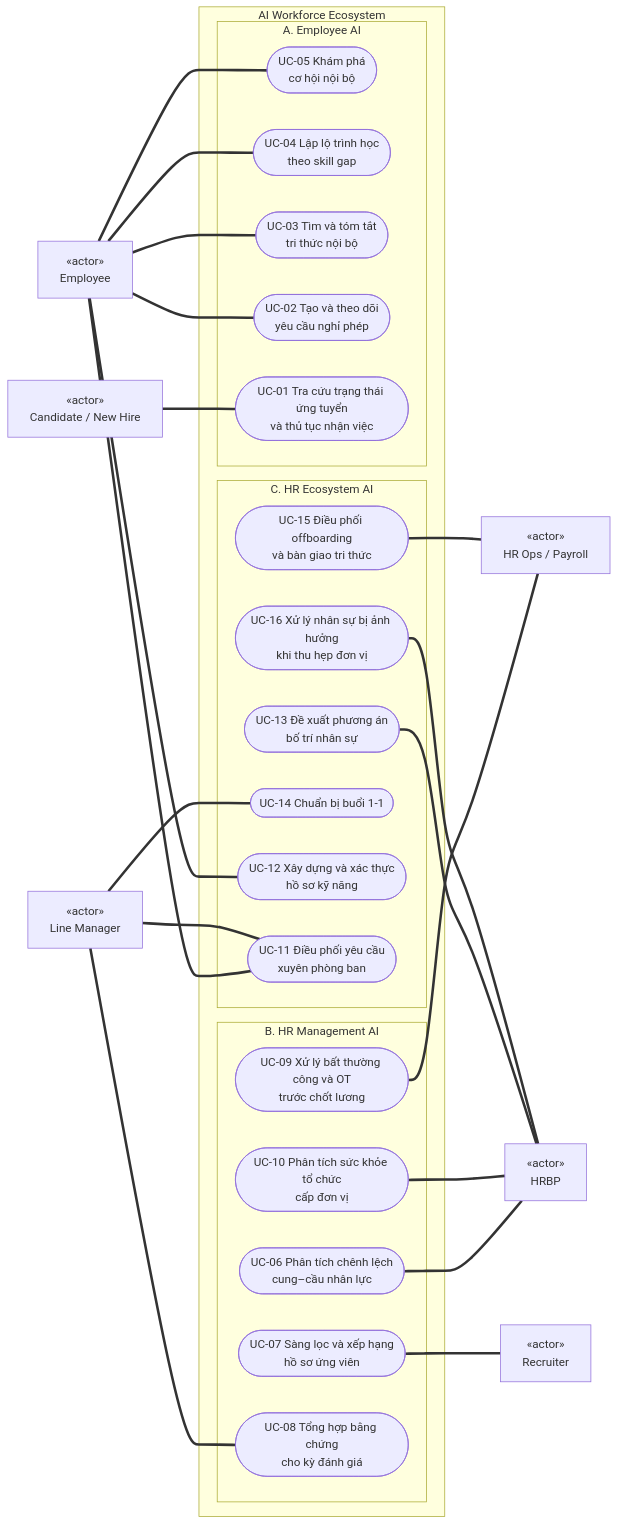
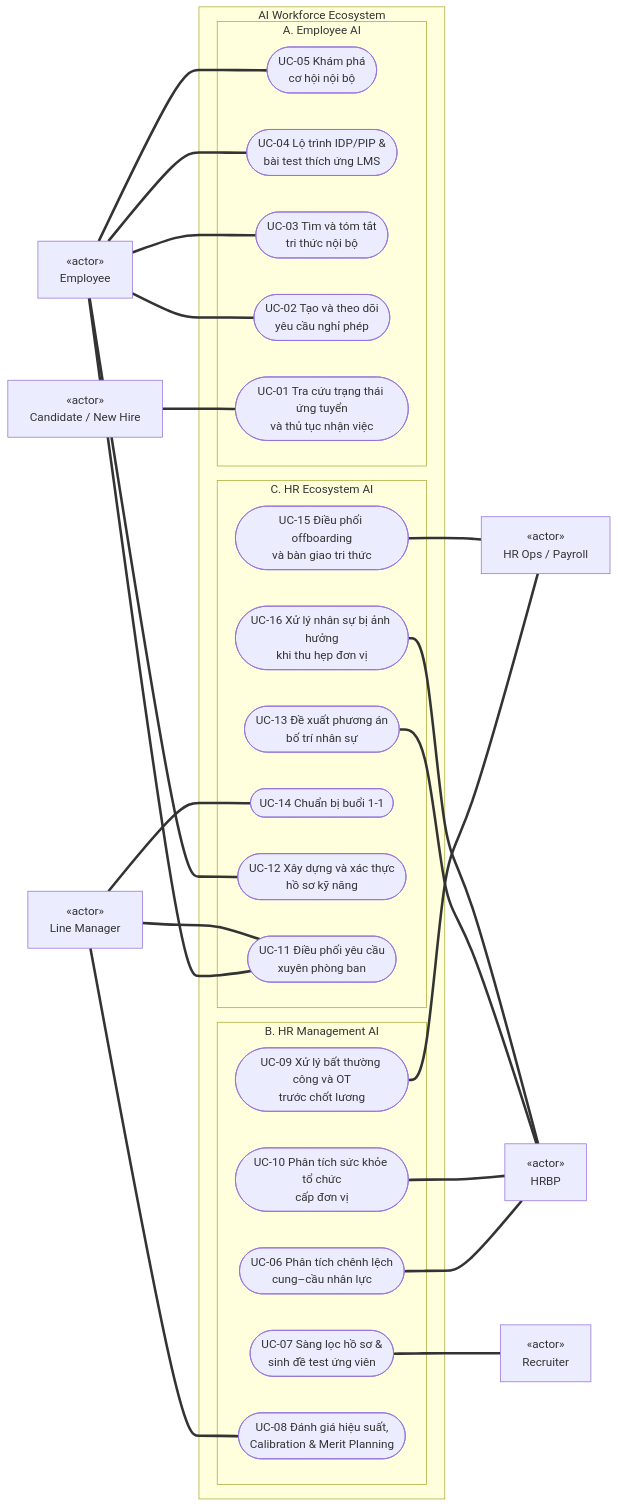
Before and after one commit to pbaodev/hrm-fuji: the first of 5 diagrams in docs/03-use-cases/UC_02_Diagrams.md, drawn with Mermaid. The commit also changed other lines of this file and 10 other files, not shown here.

Commit message:
feat: integrate AI Performance Calibration, Merit Planning Engine and LMS Assessment

````diff
--- a/docs/03-use-cases/UC_02_Diagrams.md
+++ b/docs/03-use-cases/UC_02_Diagrams.md
@@ -23,54 +23,54 @@
 ```mermaid
 flowchart LR
     LM["«actor»<br/>Line Manager"]
     EMP["«actor»<br/>Employee"]
     CAND["«actor»<br/>Candidate / New Hire"]
 
     subgraph SYS["AI Workforce Ecosystem"]
         subgraph GC["C. HR Ecosystem AI"]
             UC15(["UC-15 Điều phối offboarding<br/>và bàn giao tri thức"])
             UC16(["UC-16 Xử lý nhân sự bị ảnh hưởng<br/>khi thu hẹp đơn vị"])
             UC13(["UC-13 Đề xuất phương án<br/>bố trí nhân sự"])
             UC14(["UC-14 Chuẩn bị buổi 1-1"])
             UC12(["UC-12 Xây dựng và xác thực<br/>hồ sơ kỹ năng"])
             UC11(["UC-11 Điều phối yêu cầu<br/>xuyên phòng ban"])
         end
         subgraph GB["B. HR Management AI"]
             UC09(["UC-09 Xử lý bất thường công và OT<br/>trước chốt lương"])
             UC10(["UC-10 Phân tích sức khỏe tổ chức<br/>cấp đơn vị"])
             UC06(["UC-06 Phân tích chênh lệch<br/>cung–cầu nhân lực"])
-            UC07(["UC-07 Sàng lọc và xếp hạng<br/>hồ sơ ứng viên"])
-            UC08(["UC-08 Tổng hợp bằng chứng<br/>cho kỳ đánh giá"])
+            UC07(["UC-07 Sàng lọc hồ sơ &<br/>sinh đề test ứng viên"])
+            UC08(["UC-08 Đánh giá hiệu suất,<br/>Calibration & Merit Planning"])
         end
         subgraph GA["A. Employee AI"]
             UC05(["UC-05 Khám phá<br/>cơ hội nội bộ"])
-            UC04(["UC-04 Lập lộ trình học<br/>theo skill gap"])
+            UC04(["UC-04 Lộ trình IDP/PIP &<br/>bài test thích ứng LMS"])
             UC03(["UC-03 Tìm và tóm tắt<br/>tri thức nội bộ"])
             UC02(["UC-02 Tạo và theo dõi<br/>yêu cầu nghỉ phép"])
             UC01(["UC-01 Tra cứu trạng thái ứng tuyển<br/>và thủ tục nhận việc"])
         end
     end
 
     OPS["«actor»<br/>HR Ops / Payroll"]
     HRBP["«actor»<br/>HRBP"]
     REC["«actor»<br/>Recruiter"]
 
     LM === UC14
     LM === UC11
     LM === UC08
     EMP === UC12
     EMP === UC11
     EMP === UC05
     EMP === UC04
     EMP === UC03
     EMP === UC02
     CAND === UC01
 
     UC15 === OPS
     UC09 === OPS
     UC16 === HRBP
     UC13 === HRBP
     UC10 === HRBP
     UC06 === HRBP
     UC07 === REC
 ```
````
